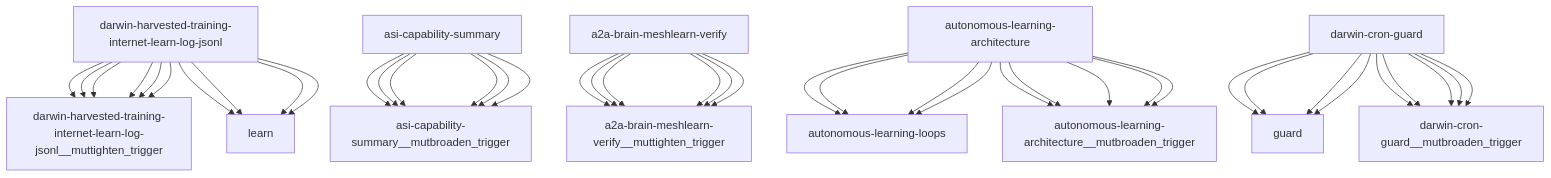
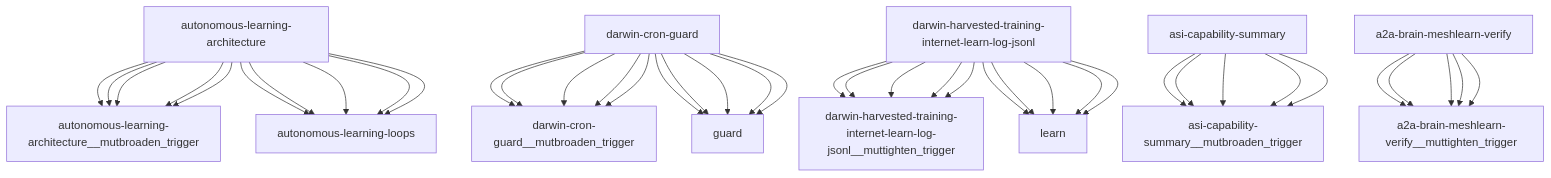
The diagram in reports/darwin-report.md (openamer-max/max-scripts), drawn with Mermaid before and after one commit. The commit also changed other lines of this file and 13 other files, not shown here.

````diff
--- a/reports/darwin-report.md
+++ b/reports/darwin-report.md
@@ -75,43 +75,43 @@
 ```mermaid
 graph TD
+    autonomous-learning-architecture["autonomous-learning-architecture"] --> autonomous-learning-architecture__mutbroaden_trigger["autonomous-learning-architecture__mutbroaden_trigger"]
+    darwin-cron-guard["darwin-cron-guard"] --> darwin-cron-guard__mutbroaden_trigger["darwin-cron-guard__mutbroaden_trigger"]
     darwin-harvested-training-internet-learn-log-jsonl["darwin-harvested-training-internet-learn-log-jsonl"] --> darwin-harvested-training-internet-learn-log-jsonl__muttighten_trigger["darwin-harvested-training-internet-learn-log-jsonl__muttighten_trigger"]
     asi-capability-summary["asi-capability-summary"] --> asi-capability-summary__mutbroaden_trigger["asi-capability-summary__mutbroaden_trigger"]
     a2a-brain-meshlearn-verify["a2a-brain-meshlearn-verify"] --> a2a-brain-meshlearn-verify__muttighten_trigger["a2a-brain-meshlearn-verify__muttighten_trigger"]
     autonomous-learning-architecture["autonomous-learning-architecture"] --> autonomous-learning-loops["autonomous-learning-loops"]
     darwin-cron-guard["darwin-cron-guard"] --> guard["guard"]
     darwin-harvested-training-internet-learn-log-jsonl["darwin-harvested-training-internet-learn-log-jsonl"] --> learn["learn"]
     autonomous-learning-architecture["autonomous-learning-architecture"] --> autonomous-learning-architecture__mutbroaden_trigger["autonomous-learning-architecture__mutbroaden_trigger"]
     darwin-cron-guard["darwin-cron-guard"] --> darwin-cron-guard__mutbroaden_trigger["darwin-cron-guard__mutbroaden_trigger"]
     darwin-harvested-training-internet-learn-log-jsonl["darwin-harvested-training-internet-learn-log-jsonl"] --> darwin-harvested-training-internet-learn-log-jsonl__muttighten_trigger["darwin-harvested-training-internet-learn-log-jsonl__muttighten_trigger"]
     asi-capability-summary["asi-capability-summary"] --> asi-capability-summary__mutbroaden_trigger["asi-capability-summary__mutbroaden_trigger"]
     a2a-brain-meshlearn-verify["a2a-brain-meshlearn-verify"] --> a2a-brain-meshlearn-verify__muttighten_trigger["a2a-brain-meshlearn-verify__muttighten_trigger"]
     autonomous-learning-architecture["autonomous-learning-architecture"] --> autonomous-learning-loops["autonomous-learning-loops"]
     darwin-cron-guard["darwin-cron-guard"] --> guard["guard"]
     darwin-harvested-training-internet-learn-log-jsonl["darwin-harvested-training-internet-learn-log-jsonl"] --> learn["learn"]
     autonomous-learning-architecture["autonomous-learning-architecture"] --> autonomous-learning-architecture__mutbroaden_trigger["autonomous-learning-architecture__mutbroaden_trigger"]
     darwin-cron-guard["darwin-cron-guard"] --> darwin-cron-guard__mutbroaden_trigger["darwin-cron-guard__mutbroaden_trigger"]
     darwin-harvested-training-internet-learn-log-jsonl["darwin-harvested-training-internet-learn-log-jsonl"] --> darwin-harvested-training-internet-learn-log-jsonl__muttighten_trigger["darwin-harvested-training-internet-learn-log-jsonl__muttighten_trigger"]
     asi-capability-summary["asi-capability-summary"] --> asi-capability-summary__mutbroaden_trigger["asi-capability-summary__mutbroaden_trigger"]
     a2a-brain-meshlearn-verify["a2a-brain-meshlearn-verify"] --> a2a-brain-meshlearn-verify__muttighten_trigger["a2a-brain-meshlearn-verify__muttighten_trigger"]
-    autonomous-learning-architecture["autonomous-learning-architecture"] --> autonomous-learning-architecture__mutbroaden_trigger["autonomous-learning-architecture__mutbroaden_trigger"]
-    darwin-cron-guard["darwin-cron-guard"] --> darwin-cron-guard__mutbroaden_trigger["darwin-cron-guard__mutbroaden_trigger"]
-    darwin-harvested-training-internet-learn-log-jsonl["darwin-harvested-training-internet-learn-log-jsonl"] --> darwin-harvested-training-internet-learn-log-jsonl__muttighten_trigger["darwin-harvested-training-internet-learn-log-jsonl__muttighten_trigger"]
-    asi-capability-summary["asi-capability-summary"] --> asi-capability-summary__mutbroaden_trigger["asi-capability-summary__mutbroaden_trigger"]
-    a2a-brain-meshlearn-verify["a2a-brain-meshlearn-verify"] --> a2a-brain-meshlearn-verify__muttighten_trigger["a2a-brain-meshlearn-verify__muttighten_trigger"]
+    autonomous-learning-architecture["autonomous-learning-architecture"] --> autonomous-learning-loops["autonomous-learning-loops"]
+    darwin-cron-guard["darwin-cron-guard"] --> guard["guard"]
+    darwin-harvested-training-internet-learn-log-jsonl["darwin-harvested-training-internet-learn-log-jsonl"] --> learn["learn"]
     autonomous-learning-architecture["autonomous-learning-architecture"] --> autonomous-learning-architecture__mutbroaden_trigger["autonomous-learning-architecture__mutbroaden_trigger"]
     darwin-cron-guard["darwin-cron-guard"] --> darwin-cron-guard__mutbroaden_trigger["darwin-cron-guard__mutbroaden_trigger"]
     darwin-harvested-training-internet-learn-log-jsonl["darwin-harvested-training-internet-learn-log-jsonl"] --> darwin-harvested-training-internet-learn-log-jsonl__muttighten_trigger["darwin-harvested-training-internet-learn-log-jsonl__muttighten_trigger"]
     asi-capability-summary["asi-capability-summary"] --> asi-capability-summary__mutbroaden_trigger["asi-capability-summary__mutbroaden_trigger"]
     a2a-brain-meshlearn-verify["a2a-brain-meshlearn-verify"] --> a2a-brain-meshlearn-verify__muttighten_trigger["a2a-brain-meshlearn-verify__muttighten_trigger"]
     autonomous-learning-architecture["autonomous-learning-architecture"] --> autonomous-learning-loops["autonomous-learning-loops"]
     darwin-cron-guard["darwin-cron-guard"] --> guard["guard"]
     darwin-harvested-training-internet-learn-log-jsonl["darwin-harvested-training-internet-learn-log-jsonl"] --> learn["learn"]
     autonomous-learning-architecture["autonomous-learning-architecture"] --> autonomous-learning-architecture__mutbroaden_trigger["autonomous-learning-architecture__mutbroaden_trigger"]
     darwin-cron-guard["darwin-cron-guard"] --> darwin-cron-guard__mutbroaden_trigger["darwin-cron-guard__mutbroaden_trigger"]
     darwin-harvested-training-internet-learn-log-jsonl["darwin-harvested-training-internet-learn-log-jsonl"] --> darwin-harvested-training-internet-learn-log-jsonl__muttighten_trigger["darwin-harvested-training-internet-learn-log-jsonl__muttighten_trigger"]
     asi-capability-summary["asi-capability-summary"] --> asi-capability-summary__mutbroaden_trigger["asi-capability-summary__mutbroaden_trigger"]
     a2a-brain-meshlearn-verify["a2a-brain-meshlearn-verify"] --> a2a-brain-meshlearn-verify__muttighten_trigger["a2a-brain-meshlearn-verify__muttighten_trigger"]
     autonomous-learning-architecture["autonomous-learning-architecture"] --> autonomous-learning-loops["autonomous-learning-loops"]
     darwin-cron-guard["darwin-cron-guard"] --> guard["guard"]
     darwin-harvested-training-internet-learn-log-jsonl["darwin-harvested-training-internet-learn-log-jsonl"] --> learn["learn"]
 ```
````
